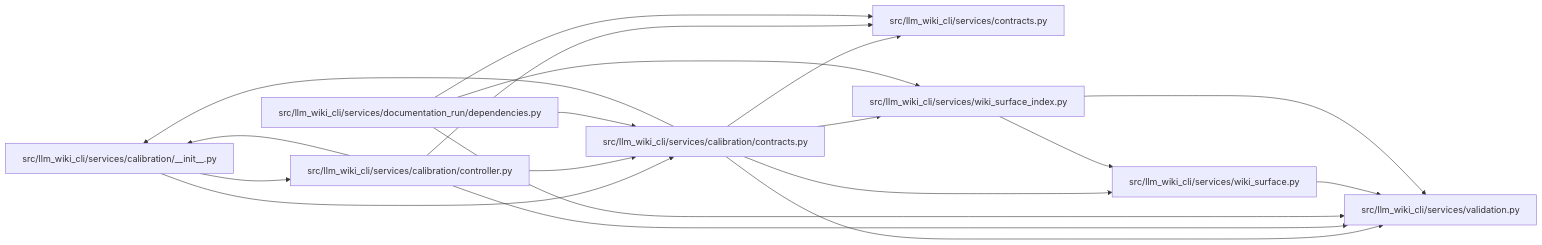
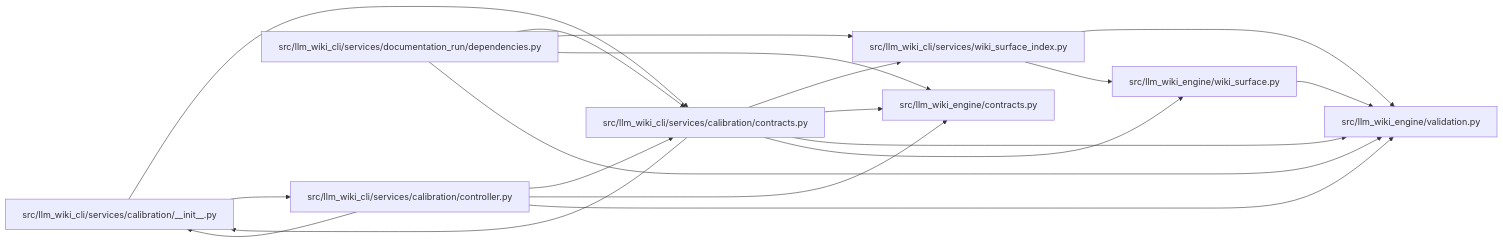
One commit to Denissvgn/python-wiki-llm changed the diagram in docs/llm_wiki/modules/calibration_contracts.md. Above: the diagram before and after it, drawn with Mermaid. The commit also changed other lines of this file and 1103 other files, not shown here.

First line of the commit message:
docs: refresh the wiki for the llm-wiki-engine distribution

````diff
--- a/docs/llm_wiki/modules/calibration_contracts.md
+++ b/docs/llm_wiki/modules/calibration_contracts.md
@@ -39,37 +39,37 @@
 ```mermaid
 flowchart LR
     n0["src/llm_wiki_cli/services/calibration/__init__.py"]
     n1["src/llm_wiki_cli/services/calibration/contracts.py"]
     n2["src/llm_wiki_cli/services/calibration/controller.py"]
-    n3["src/llm_wiki_cli/services/contracts.py"]
-    n4["src/llm_wiki_cli/services/documentation_run/dependencies.py"]
-    n5["src/llm_wiki_cli/services/validation.py"]
-    n6["src/llm_wiki_cli/services/wiki_surface.py"]
-    n7["src/llm_wiki_cli/services/wiki_surface_index.py"]
+    n3["src/llm_wiki_cli/services/documentation_run/dependencies.py"]
+    n4["src/llm_wiki_cli/services/wiki_surface_index.py"]
+    n5["src/llm_wiki_engine/contracts.py"]
+    n6["src/llm_wiki_engine/validation.py"]
+    n7["src/llm_wiki_engine/wiki_surface.py"]
     n0 --> n1
     n0 --> n2
     n1 --> n0
-    n1 --> n3
+    n1 --> n4
     n1 --> n5
     n1 --> n6
     n1 --> n7
     n2 --> n0
     n2 --> n1
-    n2 --> n3
     n2 --> n5
-    n4 --> n1
-    n4 --> n3
-    n4 --> n5
+    n2 --> n6
+    n3 --> n1
+    n3 --> n4
+    n3 --> n5
+    n3 --> n6
+    n4 --> n6
     n4 --> n7
-    n6 --> n5
-    n7 --> n5
     n7 --> n6
     click n0 "../modules/calibration___init__.md"
     click n1 "../modules/calibration_contracts.md"
     click n2 "../modules/controller.md"
-    click n3 "../modules/services_contracts.md"
-    click n4 "../modules/documentation_run_dependencies.md"
-    click n5 "../modules/validation.md"
-    click n6 "../modules/wiki_surface.md"
-    click n7 "../modules/wiki_surface_index.md"
+    click n3 "../modules/documentation_run_dependencies.md"
+    click n4 "../modules/wiki_surface_index.md"
+    click n5 "../modules/llm_wiki_engine_contracts.md"
+    click n6 "../modules/validation.md"
+    click n7 "../modules/wiki_surface.md"
 ```
````
